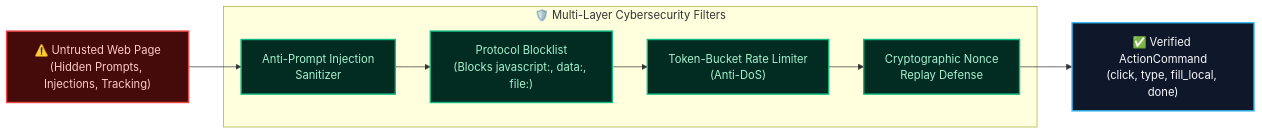
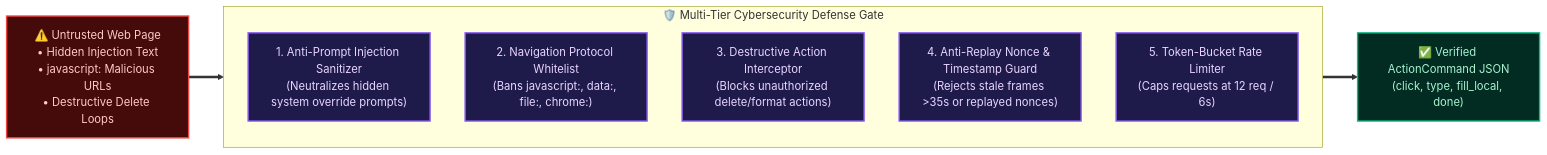
One commit to divyansh2102t-dev/SIH2026 changed the third of 3 diagrams in README.md. Above: the diagram before and after it, drawn with Mermaid. The commit also changed other lines of this file, not shown here.

Commit message:
Polished, balanced, top-to-bottom Mermaid system design in README

````diff
--- a/README.md
+++ b/README.md
@@ -104,27 +142,26 @@
 ```mermaid
 flowchart LR
     classDef threat fill:#450a0a,stroke:#ef4444,stroke-width:2px,color:#fecaca;
-    classDef defense fill:#022c22,stroke:#10b981,stroke-width:2px,color:#a7f3d0;
-    classDef safe fill:#0f172a,stroke:#38bdf8,stroke-width:2px,color:#f8fafc;
+    classDef defense fill:#1e1b4b,stroke:#8b5cf6,stroke-width:2px,color:#e9d5ff;
+    classDef safe fill:#022c22,stroke:#10b981,stroke-width:2px,color:#a7f3d0;
 
-    Threat["⚠️ Untrusted Web Page<br/>(Hidden Prompts, Injections, Tracking)"]
+    Threat["⚠️ Untrusted Web Page<br/>• Hidden Injection Text<br/>• javascript: Malicious URLs<br/>• Destructive Delete Loops"]
     
-    subgraph Defenses ["🛡️ Multi-Layer Cybersecurity Filters"]
-        AntiInj["Anti-Prompt Injection<br/>Sanitizer"]
-        ProtoFilter["Protocol Blocklist<br/>(Blocks javascript:, data:, file:)"]
-        RateLim["Token-Bucket Rate Limiter<br/>(Anti-DoS)"]
-        ReplayGuard["Cryptographic Nonce<br/>Replay Defense"]
+    subgraph Defenses ["🛡️ Multi-Tier Cybersecurity Defense Gate"]
+        direction TB
+        G1["1. Anti-Prompt Injection Sanitizer<br/>(Neutralizes hidden system override prompts)"]
+        G2["2. Navigation Protocol Whitelist<br/>(Bans javascript:, data:, file:, chrome:)"]
+        G3["3. Destructive Action Interceptor<br/>(Blocks unauthorized delete/format actions)"]
+        G4["4. Anti-Replay Nonce & Timestamp Guard<br/>(Rejects stale frames >35s or replayed nonces)"]
+        G5["5. Token-Bucket Rate Limiter<br/>(Caps requests at 12 req / 6s)"]
     end
 
-    SafeAction["✅ Verified ActionCommand<br/>(click, type, fill_local, done)"]
+    SafeAction["✅ Verified ActionCommand JSON<br/>(click, type, fill_local, done)"]
 
-    Threat --> AntiInj
-    AntiInj --> ProtoFilter
-    ProtoFilter --> RateLim
-    RateLim --> ReplayGuard
-    ReplayGuard --> SafeAction
+    Threat ==> Defenses
+    Defenses ==> SafeAction
 
     class Threat threat;
-    class AntiInj,ProtoFilter,RateLim,ReplayGuard defense;
+    class G1,G2,G3,G4,G5 defense;
     class SafeAction safe;
 ```
````
